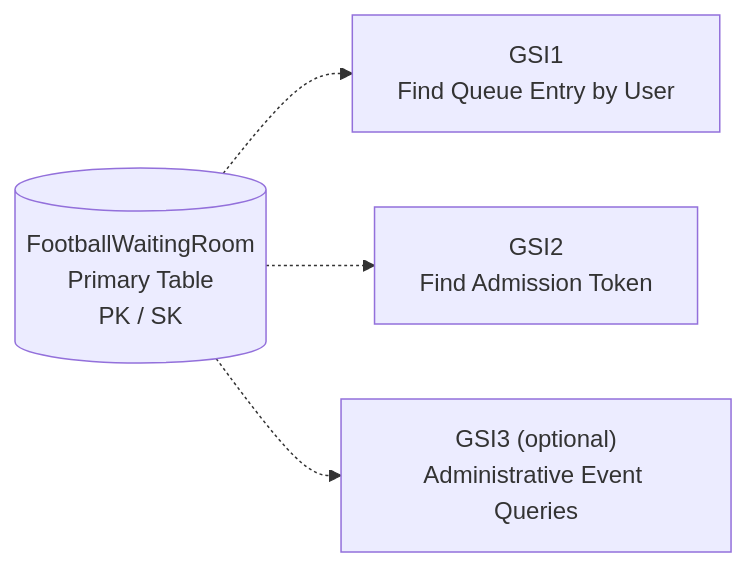
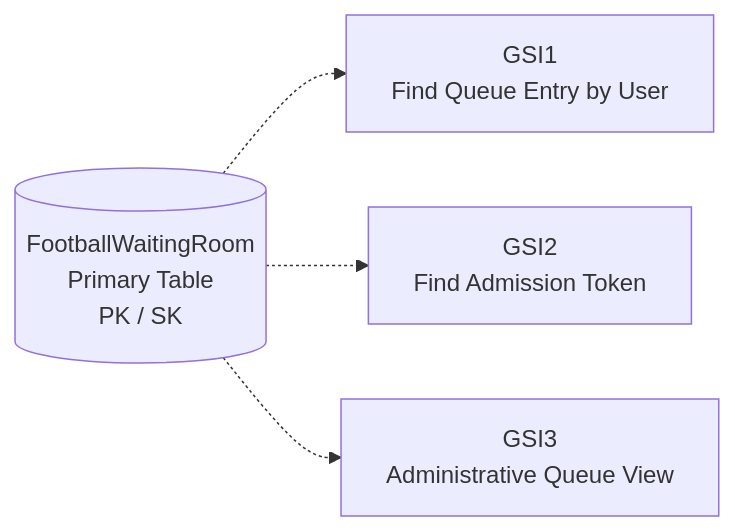
The diagram in docs/06-index-design.md (Afffan16/football-virtual-waiting-room), drawn with Mermaid before and after one commit. The commit also changed other lines of this file and 38 other files, not shown here.

````diff
--- a/docs/06-index-design.md
+++ b/docs/06-index-design.md
@@ -45,7 +45,7 @@
 ```mermaid
 flowchart LR
     T[("FootballWaitingRoom<br/>Primary Table<br/>PK / SK")]
     T -.-> G1["GSI1<br/>Find Queue Entry by User"]
     T -.-> G2["GSI2<br/>Find Admission Token"]
-    T -.-> G3["GSI3 (optional)<br/>Administrative Event Queries"]
+    T -.-> G3["GSI3<br/>Administrative Queue View"]
 ```
````
